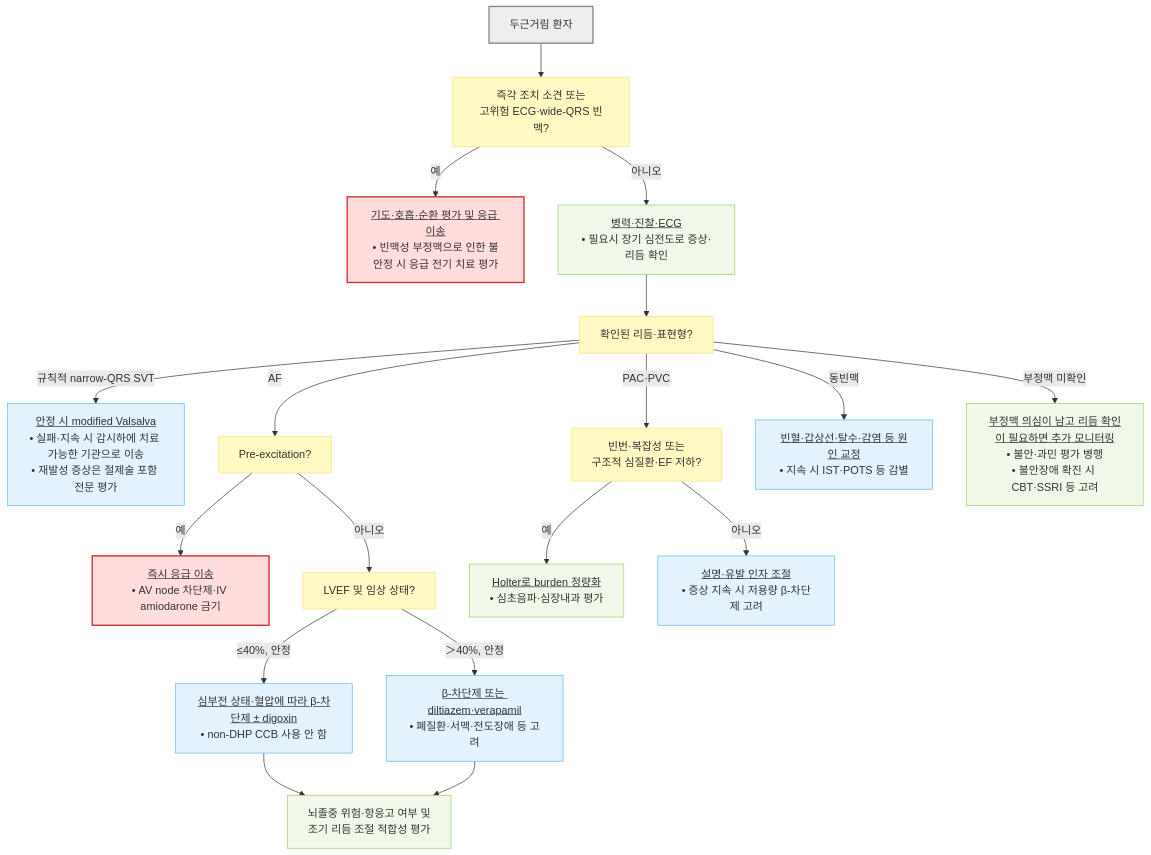
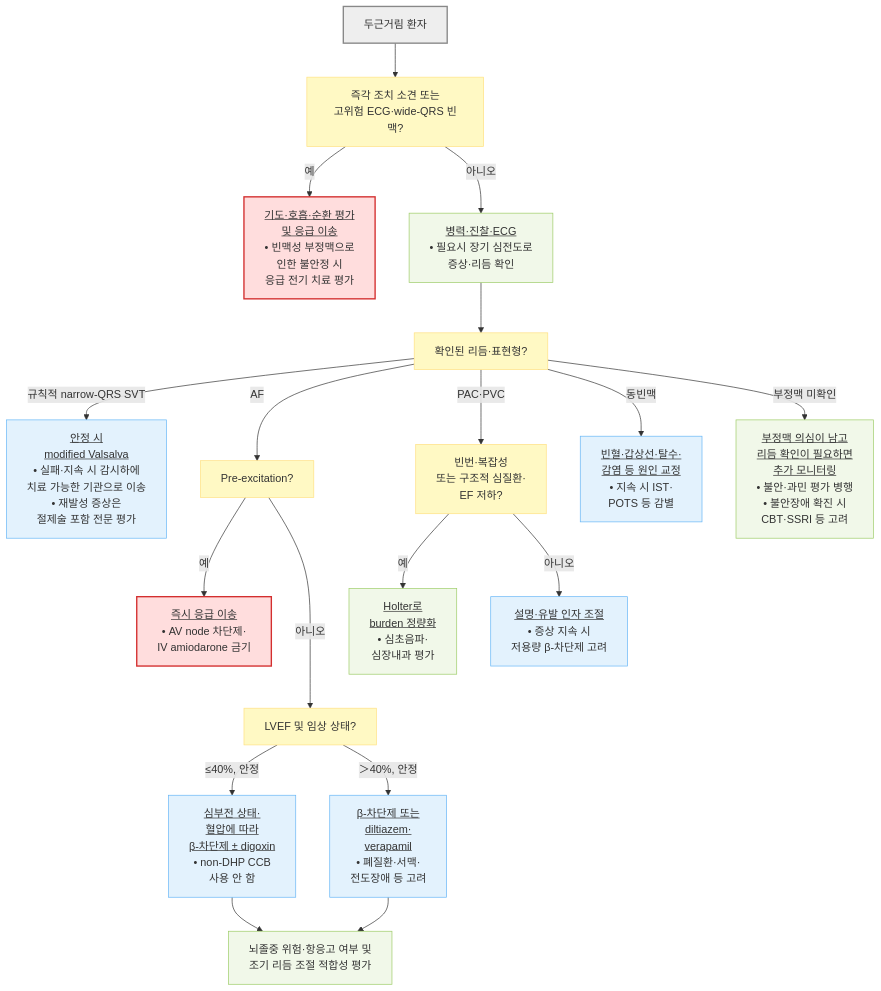
Before and after one commit to familyoh77/familyoh77: the diagram in 220_/009_-palpitation.md, drawn with Mermaid. The commit also changed other lines of this file, not shown here.

````diff
--- a/220_/009_-palpitation.md
+++ b/220_/009_-palpitation.md
@@ -243,31 +246,30 @@
 ```mermaid
 flowchart TD
     Start["두근거림 환자"] --> EmergencyQ["즉각 조치 소견 또는<br/>고위험 ECG·wide-QRS 빈맥?"]
-    EmergencyQ -- "예" --> Emergency["<u>기도·호흡·순환 평가 및 응급 이송</u><br/>• 빈맥성 부정맥으로 인한 불안정 시 응급 전기 치료 평가"]
-    EmergencyQ -- "아니오" --> Assess["<u>병력·진찰·ECG</u><br/>• 필요시 장기 심전도로 증상·리듬 확인"]
+    EmergencyQ -- "예" --> Emergency["<u>기도·호흡·순환 평가 <br/>및 응급 이송</u><br/>• 빈맥성 부정맥으로 <br/>인한 불안정 시 <br/>응급 전기 치료 평가"]
+    EmergencyQ -- "아니오" --> Assess["<u>병력·진찰·ECG</u><br/>• 필요시 장기 심전도로 <br/>증상·리듬 확인"]
     Assess --> Rhythm["확인된 리듬·표현형?"]
-    Rhythm -- "규칙적 narrow-QRS SVT" --> Vagal["<u>안정 시 modified Valsalva</u><br/>• 실패·지속 시 감시하에 치료 가능한 기관으로 이송<br/>• 재발성 증상은 절제술 포함 전문 평가"]
+    Rhythm -- "규칙적 narrow-QRS SVT" --> Vagal["<u>안정 시 <br/>modified Valsalva</u><br/>• 실패·지속 시 감시하에 <br/>치료 가능한 기관으로 이송<br/>• 재발성 증상은 <br/>절제술 포함 전문 평가"]
     Rhythm -- "AF" --> PreEx["Pre-excitation?"]
-    PreEx -- "예" --> WPW["<u>즉시 응급 이송</u><br/>• AV node 차단제·IV amiodarone 금기"]
-    PreEx -- "아니오" --> EF["LVEF 및 임상 상태?"]
-    EF -- "≤40%, 안정" --> AFhf["<u>심부전 상태·혈압에 따라 β-차단제 ± digoxin</u><br/>• non-DHP CCB 사용 안 함"]
-    EF -- "＞40%, 안정" --> AFnormal["<u>β-차단제 또는 diltiazem·verapamil</u><br/>• 폐질환·서맥·전도장애 등 고려"]
+    PreEx -- "예" --> WPW["<u>즉시 응급 이송</u><br/>• AV node 차단제·<br/>IV amiodarone 금기"]
+    PreEx -- "아니오" ---> EF["LVEF 및 임상 상태?"]
+    EF -- "≤40%, 안정" --> AFhf["<u>심부전 상태·<br/>혈압에 따라 <br/>β-차단제 ± digoxin</u><br/>• non-DHP CCB <br/>사용 안 함"]
+    EF -- "＞40%, 안정" --> AFnormal["<u>β-차단제 또는 <br/>diltiazem·<br/>verapamil</u><br/>• 폐질환·서맥·<br/>전도장애 등 고려"]
     AFhf --> Stroke["뇌졸중 위험·항응고 여부 및<br/>조기 리듬 조절 적합성 평가"]
     AFnormal --> Stroke
-    Rhythm -- "PAC·PVC" --> Burden["빈번·복잡성 또는<br/>구조적 심질환·EF 저하?"]
-    Burden -- "예" --> Refer["<u>Holter로 burden 정량화</u><br/>• 심초음파·심장내과 평가"]
-    Burden -- "아니오" --> Reassure["<u>설명·유발 인자 조절</u><br/>• 증상 지속 시 저용량 β-차단제 고려"]
-    Rhythm -- "동빈맥" --> Sinus["<u>빈혈·갑상선·탈수·감염 등 원인 교정</u><br/>• 지속 시 IST·POTS 등 감별"]
-    Rhythm -- "부정맥 미확인" --> Other["<u>부정맥 의심이 남고 리듬 확인이 필요하면 추가 모니터링</u><br/>• 불안·과민 평가 병행<br/>• 불안장애 확진 시 CBT·SSRI 등 고려"]
-
+    Rhythm -- "PAC·PVC" --> Burden["빈번·복잡성 <br/>또는 구조적 심질환·<br/>EF 저하?"]
+    Burden -- "예" --> Refer["<u>Holter로 <br/>burden 정량화</u><br/>• 심초음파·<br/>심장내과 평가"]
+    Burden -- "아니오" --> Reassure["<u>설명·유발 인자 조절</u><br/>• 증상 지속 시 <br/>저용량 β-차단제 고려"]
+    Rhythm -- "동빈맥" --> Sinus["<u>빈혈·갑상선·탈수·<br/>감염 등 원인 교정</u><br/>• 지속 시 IST·<br/>POTS 등 감별"]
+    Rhythm -- "부정맥 미확인" --> Other["<u>부정맥 의심이 남고 <br/>리듬 확인이 필요하면 <br/>추가 모니터링</u><br/>• 불안·과민 평가 병행<br/>• 불안장애 확진 시 <br/>CBT·SSRI 등 고려"]
     classDef start fill:#eeeeee,stroke:#888888,stroke-width:2px
     classDef question fill:#fff9c4,stroke:#ffe082
     classDef emergency fill:#ffdddd,stroke:#d32f2f,stroke-width:2px
     classDef evaluation fill:#f1f8e9,stroke:#9ccc65
     classDef treatment fill:#e3f2fd,stroke:#64b5f6
     class Start start
     class EmergencyQ,Rhythm,PreEx,EF,Burden question
     class Emergency,WPW emergency
     class Assess,Stroke,Refer,Other evaluation
     class Vagal,AFhf,AFnormal,Reassure,Sinus treatment
 ```
````
